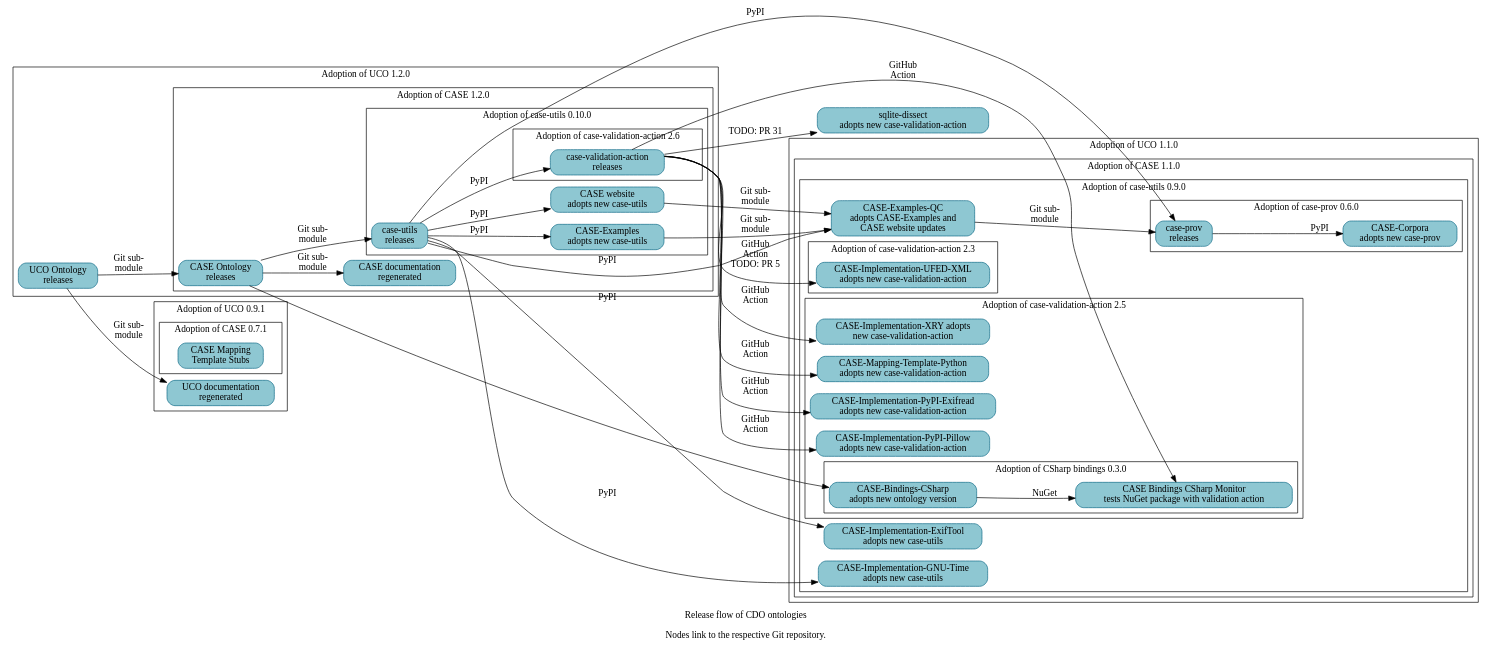
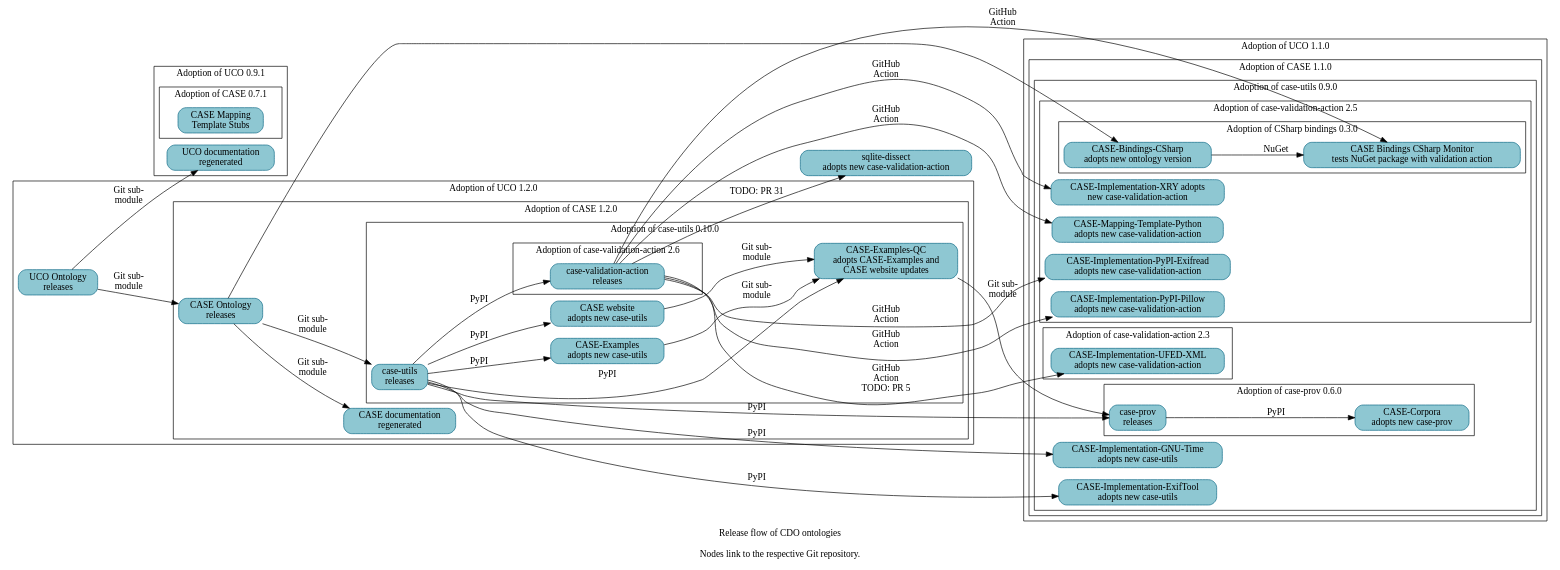
One commit to Cyber-Domain-Ontology/cdo.github.io changed the diagram in resources/project_release_flow.dot. Above: the diagram before and after it, drawn with Graphviz. The commit also changed other lines of this file, not shown here.

First line of the commit message:
Bump CASE-Examples-QC adoption status

```diff
--- a/resources/project_release_flow.dot
+++ b/resources/project_release_flow.dot
@@ -1,119 +1,119 @@
 digraph "cdo_release_flow" {
   label = "Release flow of CDO ontologies\n\nNodes link to the respective Git repository." ;
   rankdir = "LR" ;
   node [shape="rectangle" style="filled,rounded" fillcolor="#8EC7D2" color="#0D6986"] ;
 
 
   // Define nodes in their corresponding progress subgraph.
 
   subgraph cluster_uco_0_9_1 {
     label = "Adoption of UCO 0.9.1" ;
 
     _GH__UCOPROJECT__ONTOLOGY_UNIFIEDCYBERONTOLOGY_ORG [URL="https://github.com/ucoProject/ontology.unifiedcyberontology.org" label="UCO documentation\nregenerated"] ;
 
     subgraph cluster_case_0_7_1 {
       label = "Adoption of CASE 0.7.1" ;
       _GH__CASEWORK__CASE_MAPPING_TEMPLATE_STUBS [URL="https://github.com/casework/CASE-Mapping-Template-Stubs" label="CASE Mapping\nTemplate Stubs"] ;
     }
   }
   subgraph cluster_uco_1_1_0 {
     label = "Adoption of UCO 1.1.0" ;
 
     subgraph cluster_case_1_1_0 {
       label = "Adoption of CASE 1.1.0" ;
 
       subgraph cluster_case_utils_0_9_0 {
         label = "Adoption of case-utils 0.9.0" ;
 
-        _GH__AJNELSON_NIST__CASE_EXAMPLES_QC [URL="https://github.com/ajnelson-nist/CASE-Examples-QC" label="CASE-Examples-QC\nadopts CASE-Examples and\nCASE website updates"] ;
         _GH__CASEWORK__CASE_IMPLEMENTATON_EXIFTOOL [URL="https://github.com/casework/CASE-Implementation-ExifTool" label="CASE-Implementation-ExifTool\nadopts new case-utils"] ;
         _GH__CASEWORK__CASE_IMPLEMENTATON_GNU_TIME [URL="https://github.com/casework/CASE-Implementation-GNU-Time" label="CASE-Implementation-GNU-Time\nadopts new case-utils"] ;
 
         subgraph cluster_case_prov_0_6_0 {
           label = "Adoption of case-prov 0.6.0" ;
 
           _GH__CASEWORK__CASE_CORPORA [URL="https://github.com/casework/CASE-Corpora" label="CASE-Corpora\nadopts new case-prov"] ;
           _GH__CASEWORK__CASE_IMPLEMENTATON_PROV_O [URL="https://github.com/casework/CASE-Implementation-PROV-O" label="case-prov\nreleases"] ;
         }
 
         subgraph cluster_case_validation_action_2_3 {
           label = "Adoption of case-validation-action 2.3" ;
 
           _GH__CASEWORK__CASE_IMPLEMENTATON_UFED_XML [URL="https://github.com/casework/CASE-Implementation-UFED-XML" label="CASE-Implementation-UFED-XML\nadopts new case-validation-action"] ;
         }
 
         subgraph cluster_case_validation_action_2_5 {
           label = "Adoption of case-validation-action 2.5" ;
 
           _GH__CASEWORK__CASE_IMPLEMENTATON_PYPI_EXIFREAD [URL="https://github.com/casework/CASE-Implementation-PyPI-Exifread" label="CASE-Implementation-PyPI-Exifread\nadopts new case-validation-action"] ;
           _GH__CASEWORK__CASE_IMPLEMENTATON_PYPI_PILLOW [URL="https://github.com/casework/CASE-Implementation-PyPI-Pillow" label="CASE-Implementation-PyPI-Pillow\nadopts new case-validation-action"] ;
           _GH__CASEWORK__CASE_IMPLEMENTATON_XRY [URL="https://github.com/casework/CASE-Implementation-XRY" label="CASE-Implementation-XRY adopts\nnew case-validation-action"] ;
           _GH__CASEWORK__CASE_MAPPING_TEMPLATE_PYTHON [URL="https://github.com/casework/CASE-Mapping-Template-Python" label="CASE-Mapping-Template-Python\nadopts new case-validation-action"] ;
 
           subgraph cluster_case_bindings_csharp_0_3_0 {
             label = "Adoption of CSharp bindings 0.3.0" ;
             _GH__CASEWORK__CASE_BINDINGS_CSHARP_MONITOR [URL="https://github.com/casework/CASE-Bindings-CSharp-Monitor" label="CASE Bindings CSharp Monitor\ntests NuGet package with validation action"] ;
             _GH__CIPHERTECHSOLUTIONS__CASE_BINDINGS_CSHARP [URL="https://github.com/ciphertechsolutions/CASE-Bindings-CSharp" label="CASE-Bindings-CSharp\nadopts new ontology version"]
           }
         }
       }
     }
   }
   subgraph cluster_uco_1_2_0 {
     label = "Adoption of UCO 1.2.0" ;
 
     _GH__UCOPROJECT__UCO [URL="https://github.com/ucoProject/UCO" label="UCO Ontology\nreleases"] ;
 
     subgraph cluster_case_1_2_0 {
       label = "Adoption of CASE 1.2.0" ;
 
       _GH__CASEWORK__CASE [URL="https://github.com/casework/CASE" label="CASE Ontology\nreleases"] ;
       _GH__CASEWORK__ONTOLOGY_CASEONTOLOGY_ORG [URL="https://github.com/casework/ontology.caseontology.org" label="CASE documentation\nregenerated"] ;
 
       subgraph cluster_case_utils_0_10_0 {
         label = "Adoption of case-utils 0.10.0" ;
 
+        _GH__AJNELSON_NIST__CASE_EXAMPLES_QC [URL="https://github.com/ajnelson-nist/CASE-Examples-QC" label="CASE-Examples-QC\nadopts CASE-Examples and\nCASE website updates"] ;
         _GH__CASEWORK__CASE_EXAMPLES [URL="https://github.com/casework/CASE-Examples" label="CASE-Examples\nadopts new case-utils"] ;
         _GH__CASEWORK__CASE_UTILITIES_PYTHON [URL="https://github.com/casework/CASE-Utilities-Python" label="case-utils\nreleases"] ;
         _GH__CASEWORK__CASEWORK_GITHUB_IO [URL="https://github.com/casework/casework.github.io" label="CASE website\nadopts new case-utils"] ;
 
         subgraph cluster_case_validation_action_2_6 {
           label = "Adoption of case-validation-action 2.6" ;
 
           _GH__KCHASON__CASE_VALIDATION_ACTION [URL="https://github.com/kchason/case-validation-action" label="case-validation-action\nreleases"] ;
         }
       }
     }
   }
 
   _GH__DOD_CYBER_CRIME_CENTER__SQLITE_DISSECT [URL="https://github.com/dod-cyber-crime-center/sqlite-dissect" label="sqlite-dissect\nadopts new case-validation-action"] ;
 
   // Begin edges
 
   _GH__AJNELSON_NIST__CASE_EXAMPLES_QC -> _GH__CASEWORK__CASE_IMPLEMENTATON_PROV_O [label="Git sub-\nmodule"] ;
   _GH__CASEWORK__CASE -> _GH__CASEWORK__CASE_UTILITIES_PYTHON [label="Git sub-\nmodule"] ;
   _GH__CASEWORK__CASE -> _GH__CIPHERTECHSOLUTIONS__CASE_BINDINGS_CSHARP ;
   _GH__CASEWORK__CASE -> _GH__CASEWORK__ONTOLOGY_CASEONTOLOGY_ORG [label="Git sub-\nmodule"] ; 
   _GH__CASEWORK__CASE_EXAMPLES -> _GH__AJNELSON_NIST__CASE_EXAMPLES_QC [label="Git sub-\nmodule"] ;
   _GH__CASEWORK__CASE_IMPLEMENTATON_PROV_O -> _GH__CASEWORK__CASE_CORPORA [label="PyPI"] ;
   _GH__CASEWORK__CASE_UTILITIES_PYTHON -> _GH__AJNELSON_NIST__CASE_EXAMPLES_QC [label="PyPI"] ;
   _GH__CASEWORK__CASE_UTILITIES_PYTHON -> _GH__CASEWORK__CASE_EXAMPLES [label="PyPI"] ;
   _GH__CASEWORK__CASE_UTILITIES_PYTHON -> _GH__CASEWORK__CASE_IMPLEMENTATON_EXIFTOOL [label="PyPI"] ;
   _GH__CASEWORK__CASE_UTILITIES_PYTHON -> _GH__CASEWORK__CASE_IMPLEMENTATON_GNU_TIME [label="PyPI"] ;
   _GH__CASEWORK__CASE_UTILITIES_PYTHON -> _GH__CASEWORK__CASE_IMPLEMENTATON_PROV_O [label="PyPI"] ;
   _GH__CASEWORK__CASE_UTILITIES_PYTHON -> _GH__KCHASON__CASE_VALIDATION_ACTION [label="PyPI"] ;
   _GH__CASEWORK__CASE_UTILITIES_PYTHON -> _GH__CASEWORK__CASEWORK_GITHUB_IO [label="PyPI"] ;
   _GH__CASEWORK__CASEWORK_GITHUB_IO -> _GH__AJNELSON_NIST__CASE_EXAMPLES_QC [label="Git sub-\nmodule"] ;
   _GH__CIPHERTECHSOLUTIONS__CASE_BINDINGS_CSHARP -> _GH__CASEWORK__CASE_BINDINGS_CSHARP_MONITOR [label="NuGet"] ;
   _GH__KCHASON__CASE_VALIDATION_ACTION -> _GH__CASEWORK__CASE_BINDINGS_CSHARP_MONITOR [label="GitHub\nAction"] ;
   _GH__KCHASON__CASE_VALIDATION_ACTION -> _GH__CASEWORK__CASE_IMPLEMENTATON_PYPI_EXIFREAD [label="GitHub\nAction"] ;
   _GH__KCHASON__CASE_VALIDATION_ACTION -> _GH__CASEWORK__CASE_IMPLEMENTATON_PYPI_PILLOW [label="GitHub\nAction"] ;
   _GH__KCHASON__CASE_VALIDATION_ACTION -> _GH__CASEWORK__CASE_IMPLEMENTATON_UFED_XML [URL="https://github.com/casework/CASE-Implementation-UFED-XML/pull/5" label="GitHub\nAction\nTODO: PR 5"] ;
   _GH__KCHASON__CASE_VALIDATION_ACTION -> _GH__CASEWORK__CASE_IMPLEMENTATON_XRY [label="GitHub\nAction"] ;
   _GH__KCHASON__CASE_VALIDATION_ACTION -> _GH__CASEWORK__CASE_MAPPING_TEMPLATE_PYTHON [label="GitHub\nAction"] ;
   _GH__KCHASON__CASE_VALIDATION_ACTION -> _GH__DOD_CYBER_CRIME_CENTER__SQLITE_DISSECT [URL="https://github.com/dod-cyber-crime-center/sqlite-dissect/pull/31" label="TODO: PR 31"] ;
   // TODO _GH__UCOPROJECT__ONTOLOGY_UNIFIEDCYBERONTOLOGY_ORG -> _GH__CASEWORK__ONTOLOGY_CASEONTOLOGY_ORG [label="Tech-\ncheck"];
   _GH__UCOPROJECT__UCO -> _GH__CASEWORK__CASE [label="Git sub-\nmodule"] ;
   _GH__UCOPROJECT__UCO -> _GH__UCOPROJECT__ONTOLOGY_UNIFIEDCYBERONTOLOGY_ORG [label="Git sub-\nmodule"] ;
 
 }
```
